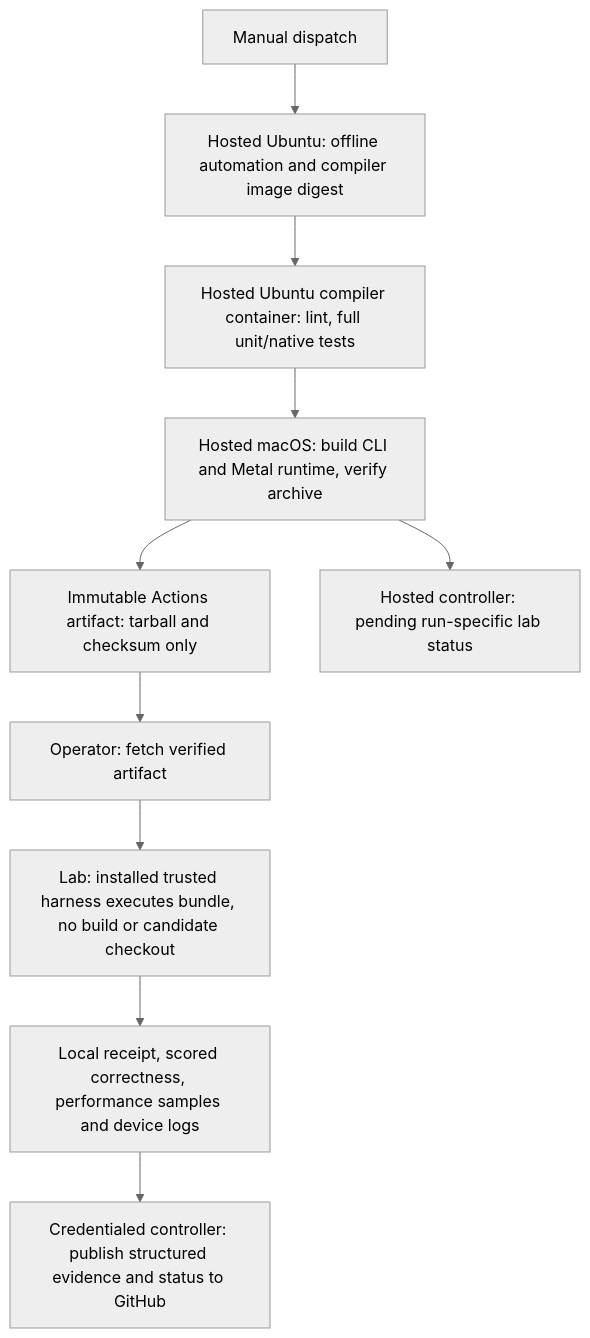
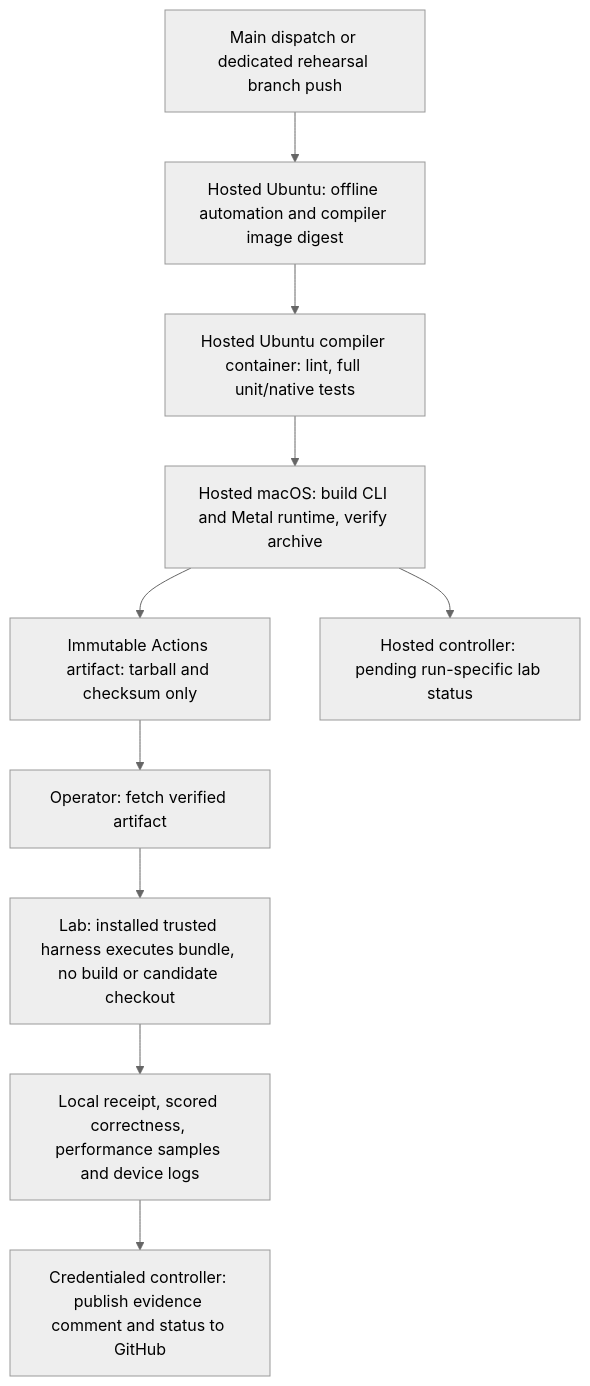
One commit to Mesh-LLM/skippy changed the diagram in ci/HOSTED_LAB.md. Above: the diagram before and after it, drawn with Mermaid (neutral theme). The commit also changed other lines of this file and 4 other files, not shown here.

````diff
--- a/ci/HOSTED_LAB.md
+++ b/ci/HOSTED_LAB.md
@@ -8,12 +9,12 @@
 ```mermaid
 flowchart TD
-  D[Manual dispatch] --> P[Hosted Ubuntu: offline automation and compiler image digest]
+  D[Main dispatch or dedicated rehearsal branch push] --> P[Hosted Ubuntu: offline automation and compiler image digest]
   P --> Q[Hosted Ubuntu compiler container: lint, full unit/native tests]
   Q --> B[Hosted macOS: build CLI and Metal runtime, verify archive]
   B --> A[Immutable Actions artifact: tarball and checksum only]
   B --> H[Hosted controller: pending run-specific lab status]
   A --> F[Operator: fetch verified artifact]
   F --> L[Lab: installed trusted harness executes bundle, no build or candidate checkout]
   L --> E[Local receipt, scored correctness, performance samples and device logs]
-  E --> R[Credentialed controller: publish structured evidence and status to GitHub]
+  E --> R[Credentialed controller: publish evidence comment and status to GitHub]
 ```
````
